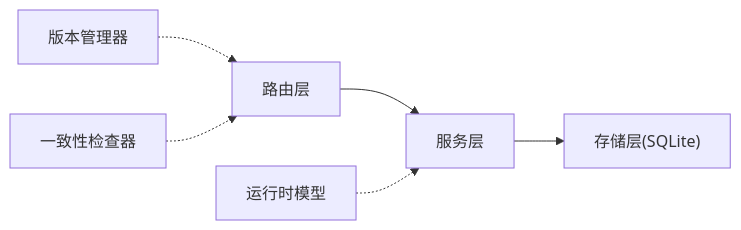
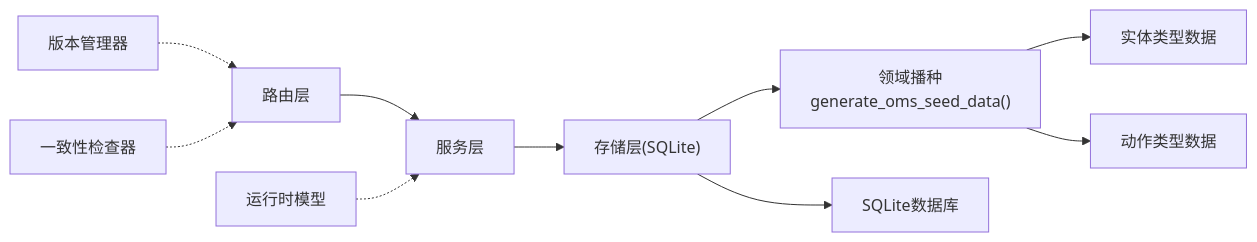
The eighth of 8 diagrams in .qoder/repowiki/zh/content/项目概述/核心特性/OMS元模型框架/OMS元模型框架.md (inier/ontology-graphiti), drawn with Mermaid before and after one commit. The commit also changed other lines of this file and 85 other files, not shown here.

````diff
--- a/.qoder/repowiki/zh/content/项目概述/核心特性/OMS元模型框架/OMS元模型框架.md
+++ b/.qoder/repowiki/zh/content/项目概述/核心特性/OMS元模型框架/OMS元模型框架.md
@@ -300,8 +355,12 @@
 ```mermaid
 graph LR
 Routes["路由层"] --> Service["服务层"]
 Service --> Storage["存储层(SQLite)"]
+Storage --> Domain["领域播种<br/>generate_oms_seed_data()"]
+Domain --> EntityTypes["实体类型数据"]
+Domain --> ActionTypes["动作类型数据"]
+Storage --> SQLite["SQLite数据库"]
 Runtime["运行时模型"] -.-> Service
 Version["版本管理器"] -.-> Routes
 Consistency["一致性检查器"] -.-> Routes
 ```
````
